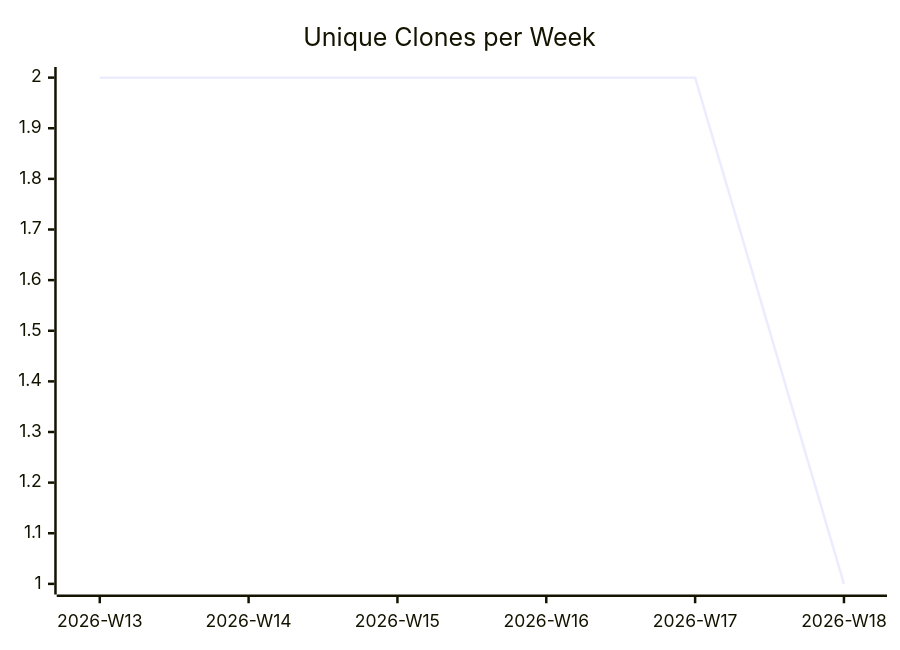
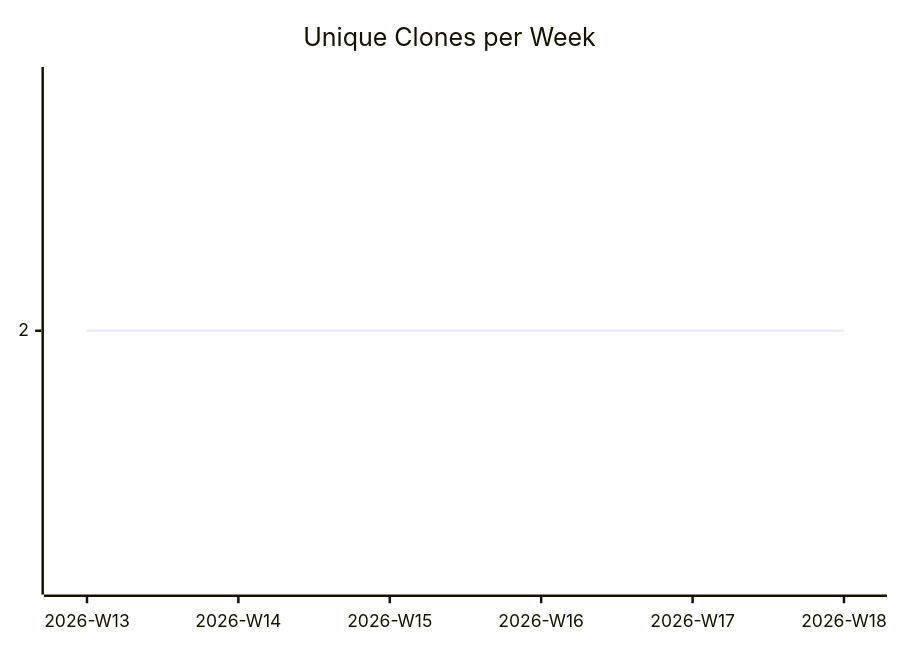
One commit to justdavis-family/github-analytics-data changed the third of 3 diagrams in karlmdavis/rps-tourney/README.md. Above: the diagram before and after it, drawn with Mermaid. The commit also changed other lines of this file and 188 other files, not shown here.

````diff
--- a/karlmdavis/rps-tourney/README.md
+++ b/karlmdavis/rps-tourney/README.md
@@ -19,6 +19,6 @@
 ```mermaid
 xychart-beta
   title "Unique Clones per Week"
   x-axis ["2026-W13", "2026-W14", "2026-W15", "2026-W16", "2026-W17", "2026-W18"]
-  line [2, 2, 2, 2, 2, 1]
+  line [2, 2, 2, 2, 2, 2]
 ```
````
